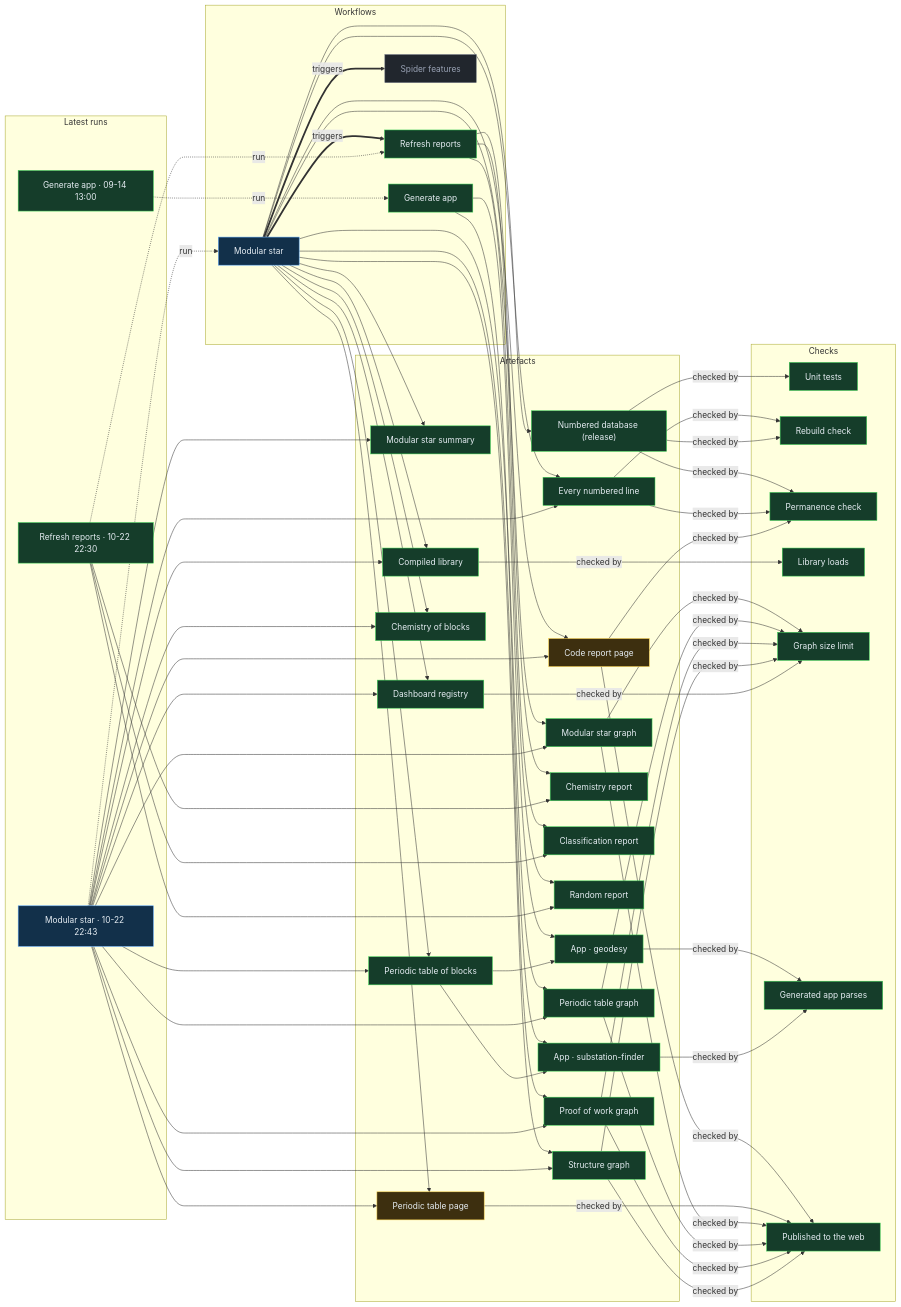
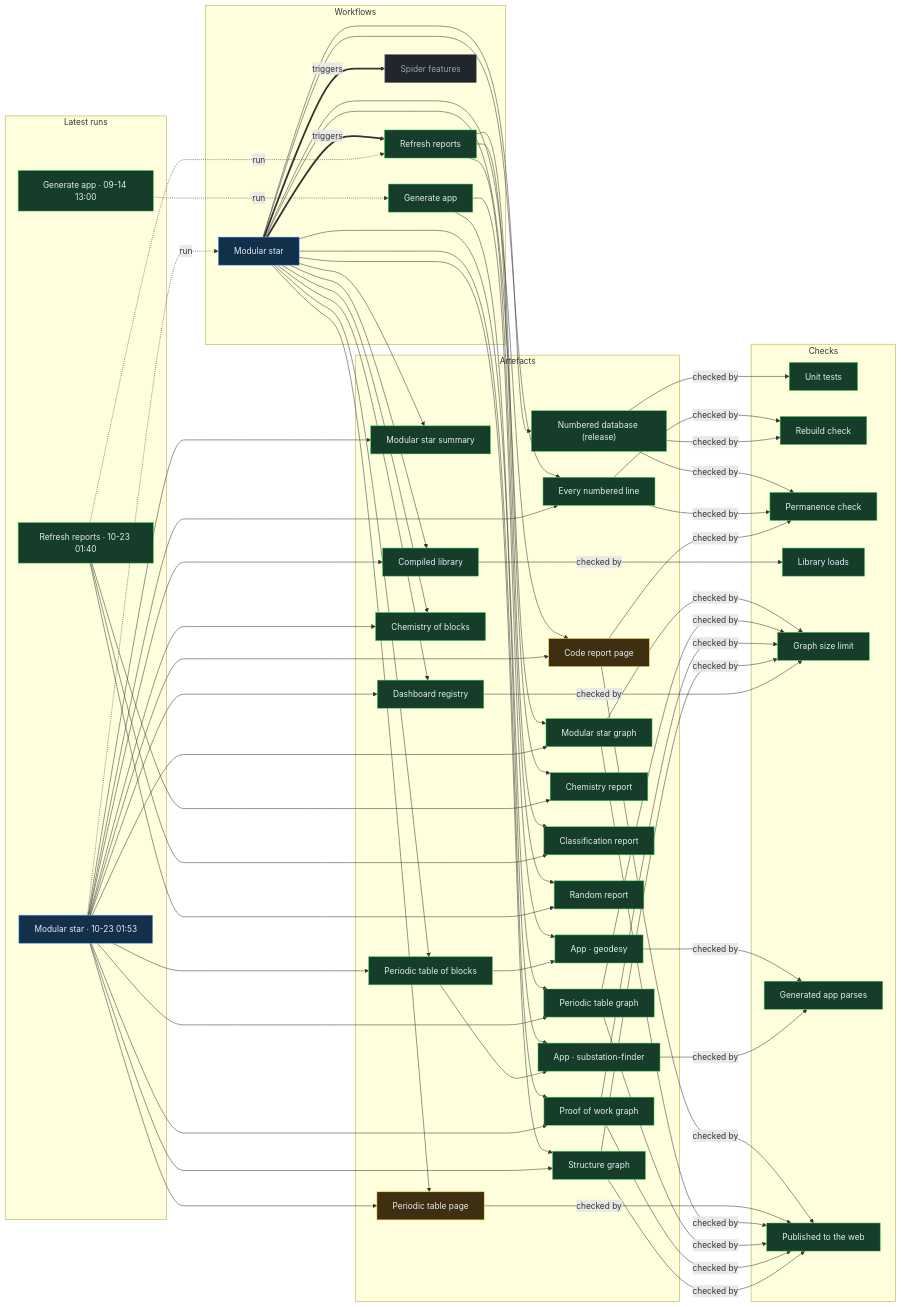
One commit to Ventusltd/stars changed the diagram in proof/PROOF.md. Above: the diagram before and after it, drawn with Mermaid. The commit also changed other lines of this file and 127 other files, not shown here.

Commit message:
Modular star 2026-10-23T01:55Z

```diff
--- a/proof/PROOF.md
+++ b/proof/PROOF.md
@@ -24,8 +24,8 @@
   n_wf_spider_features["Spider features"]:::off
   end
   subgraph g_runs["Latest runs"]
-  n_run_39866963879["Modular star · 10-22 22:43"]:::live
-  n_run_39865490176["Refresh reports · 10-22 22:30"]:::ok
+  n_run_39886503272["Modular star · 10-23 01:53"]:::live
+  n_run_39885334750["Refresh reports · 10-23 01:40"]:::ok
   n_run_34846587798["Generate app · 09-14 13:00"]:::ok
   end
   subgraph g_artefacts["Artefacts"]
@@ -59,39 +59,39 @@
   end
   n_wf_modular_star == triggers ==> n_wf_refresh
   n_wf_modular_star == triggers ==> n_wf_spider_features
-  n_run_39866963879 -. run .-> n_wf_modular_star
-  n_run_39865490176 -. run .-> n_wf_refresh
+  n_run_39886503272 -. run .-> n_wf_modular_star
+  n_run_39885334750 -. run .-> n_wf_refresh
   n_run_34846587798 -. run .-> n_wf_generate
   n_wf_modular_star --> n_art_summary
-  n_run_39866963879 --> n_art_summary
+  n_run_39886503272 --> n_art_summary
   n_wf_modular_star --> n_art_lines
-  n_run_39866963879 --> n_art_lines
+  n_run_39886503272 --> n_art_lines
   n_wf_modular_star --> n_art_code
-  n_run_39866963879 --> n_art_code
+  n_run_39886503272 --> n_art_code
   n_wf_modular_star --> n_art_modular_graph
-  n_run_39866963879 --> n_art_modular_graph
+  n_run_39886503272 --> n_art_modular_graph
   n_wf_modular_star --> n_art_blocks
-  n_run_39866963879 --> n_art_blocks
+  n_run_39886503272 --> n_art_blocks
   n_wf_modular_star --> n_art_table
-  n_run_39866963879 --> n_art_table
+  n_run_39886503272 --> n_art_table
   n_wf_modular_star --> n_art_blocks_graph
-  n_run_39866963879 --> n_art_blocks_graph
+  n_run_39886503272 --> n_art_blocks_graph
   n_wf_modular_star --> n_art_reactions
-  n_run_39866963879 --> n_art_reactions
+  n_run_39886503272 --> n_art_reactions
   n_wf_modular_star --> n_art_library
-  n_run_39866963879 --> n_art_library
+  n_run_39886503272 --> n_art_library
   n_wf_modular_star --> n_art_features
-  n_run_39866963879 --> n_art_features
+  n_run_39886503272 --> n_art_features
   n_wf_modular_star --> n_art_proof
-  n_run_39866963879 --> n_art_proof
+  n_run_39886503272 --> n_art_proof
   n_wf_modular_star --> n_art_structure
-  n_run_39866963879 --> n_art_structure
+  n_run_39886503272 --> n_art_structure
   n_wf_refresh --> n_art_chemistry
-  n_run_39865490176 --> n_art_chemistry
+  n_run_39885334750 --> n_art_chemistry
   n_wf_refresh --> n_art_vedic
-  n_run_39865490176 --> n_art_vedic
+  n_run_39885334750 --> n_art_vedic
   n_wf_refresh --> n_art_random
-  n_run_39865490176 --> n_art_random
+  n_run_39885334750 --> n_art_random
   n_wf_modular_star --> n_art_release
   n_wf_generate --> n_app_geodesy
   n_art_blocks --> n_app_geodesy
```
